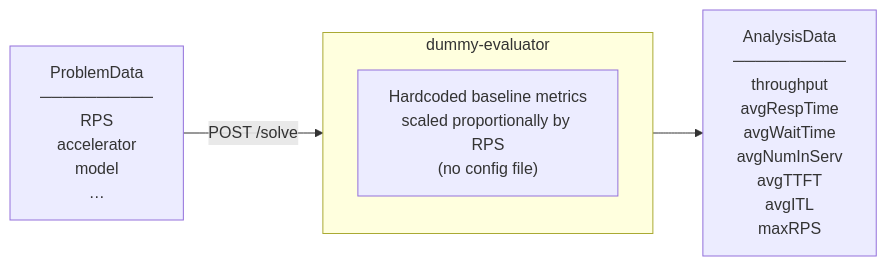
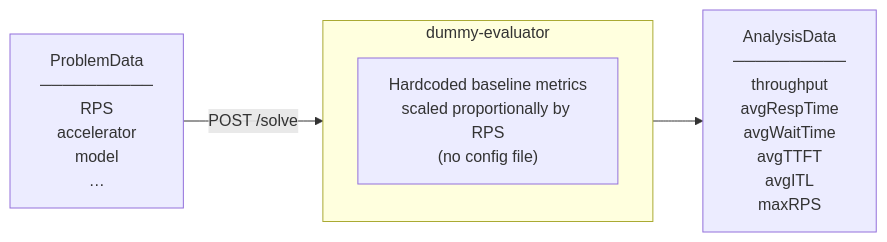
The third of 5 diagrams in README.md (llm-inferno/server-sim), drawn with Mermaid before and after one commit. The commit also changed other lines of this file and 7 other files, not shown here.

First line of the commit message:
Simplify blis-evaluator and remove AvgNumInServ from AnalysisData

````diff
--- a/README.md
+++ b/README.md
@@ -75,11 +74,11 @@
 ```mermaid
 flowchart LR
     PD["ProblemData\n──────────\nRPS\naccelerator\nmodel\n…"]
 
     subgraph dummy["dummy-evaluator"]
         Logic["Hardcoded baseline metrics\nscaled proportionally by RPS\n(no config file)"]
     end
 
     PD -->|POST /solve| dummy
-    dummy --> AD["AnalysisData\n──────────\nthroughput\navgRespTime\navgWaitTime\navgNumInServ\navgTTFT\navgITL\nmaxRPS"]
+    dummy --> AD["AnalysisData\n──────────\nthroughput\navgRespTime\navgWaitTime\navgTTFT\navgITL\nmaxRPS"]
 ```
````
